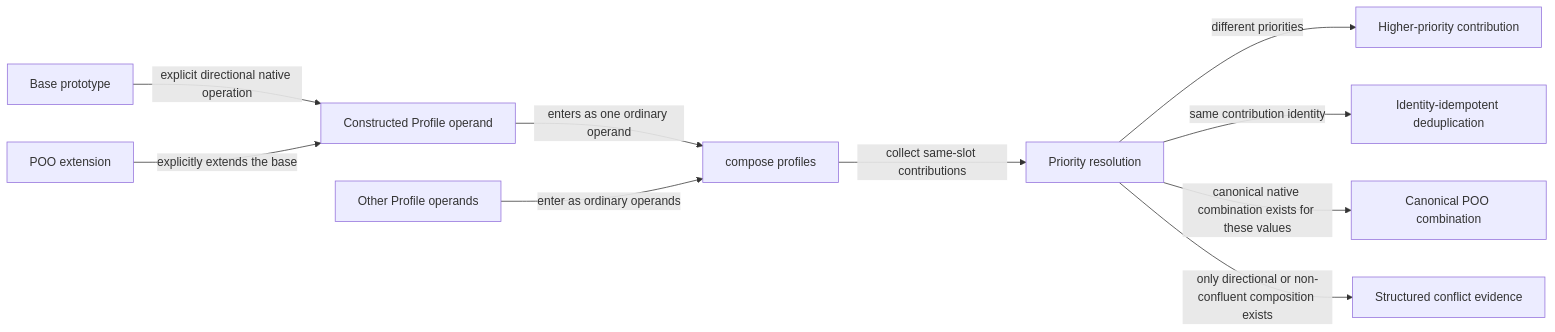
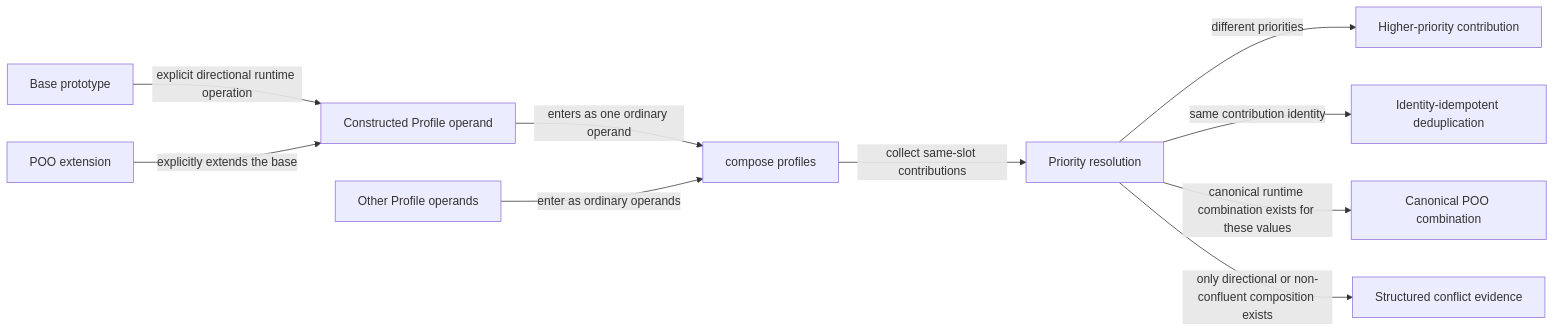
Before and after one commit to tao3k/gebril-yuanxu: the second of 3 diagrams in module-system/design/45-41-poo-profile-slot-contribution-priority.org, drawn with Mermaid. The commit also changed other lines of this file and 1469 other files, not shown here.

```diff
--- a/module-system/design/45-41-poo-profile-slot-contribution-priority.org
+++ b/module-system/design/45-41-poo-profile-slot-contribution-priority.org
@@ -116,12 +116,12 @@
 #+begin_src mermaid
 flowchart LR
-    B["Base prototype"] -->|"explicit directional native operation"| P["Constructed Profile operand"]
+    B["Base prototype"] -->|"explicit directional runtime operation"| P["Constructed Profile operand"]
     X["POO extension"] -->|"explicitly extends the base"| P
     P -->|"enters as one ordinary operand"| C["compose profiles"]
     O["Other Profile operands"] -->|"enter as ordinary operands"| C
     C -->|"collect same-slot contributions"| R["Priority resolution"]
     R -->|"different priorities"| W["Higher-priority contribution"]
     R -->|"same contribution identity"| D["Identity-idempotent deduplication"]
-    R -->|"canonical native combination exists for these values"| M["Canonical POO combination"]
+    R -->|"canonical runtime combination exists for these values"| M["Canonical POO combination"]
     R -->|"only directional or non-confluent composition exists"| E["Structured conflict evidence"]
 #+end_src
```
